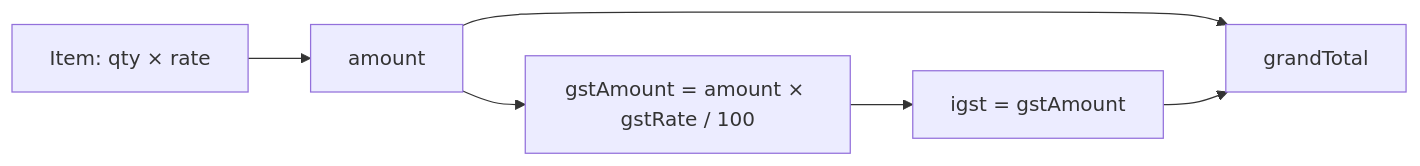
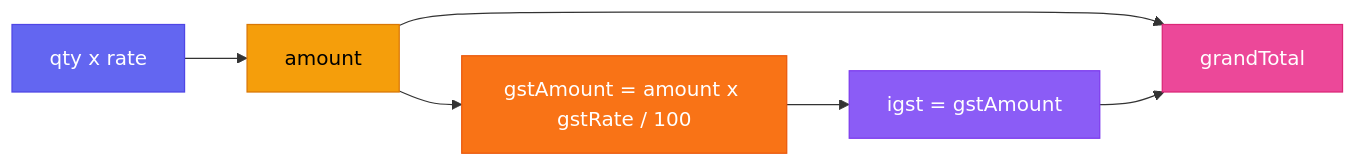
Before and after one commit to sanjanb/bill-buddy: the fourth of 11 diagrams in ARCHITECTURE.md, drawn with Mermaid. The commit also changed other lines of this file, not shown here.

Commit message:
docs: update ARCHITECTURE.md with styled Mermaid diagrams and refined descriptions

````diff
--- a/ARCHITECTURE.md
+++ b/ARCHITECTURE.md
@@ -169,8 +194,14 @@
 ```mermaid
 graph LR
-    A[Item: qty × rate] --> B[amount]
-    B --> C["gstAmount = amount × gstRate / 100"]
+    A["qty x rate"] --> B[amount]
+    B --> C["gstAmount = amount x gstRate / 100"]
     C --> D["igst = gstAmount"]
     B --> E[grandTotal]
     D --> E
+
+    style A fill:#6366f1,color:#fff,stroke:#4f46e5
+    style B fill:#f59e0b,color:#000,stroke:#d97706
+    style C fill:#f97316,color:#fff,stroke:#ea580c
+    style D fill:#8b5cf6,color:#fff,stroke:#7c3aed
+    style E fill:#ec4899,color:#fff,stroke:#db2777
 ```
````
